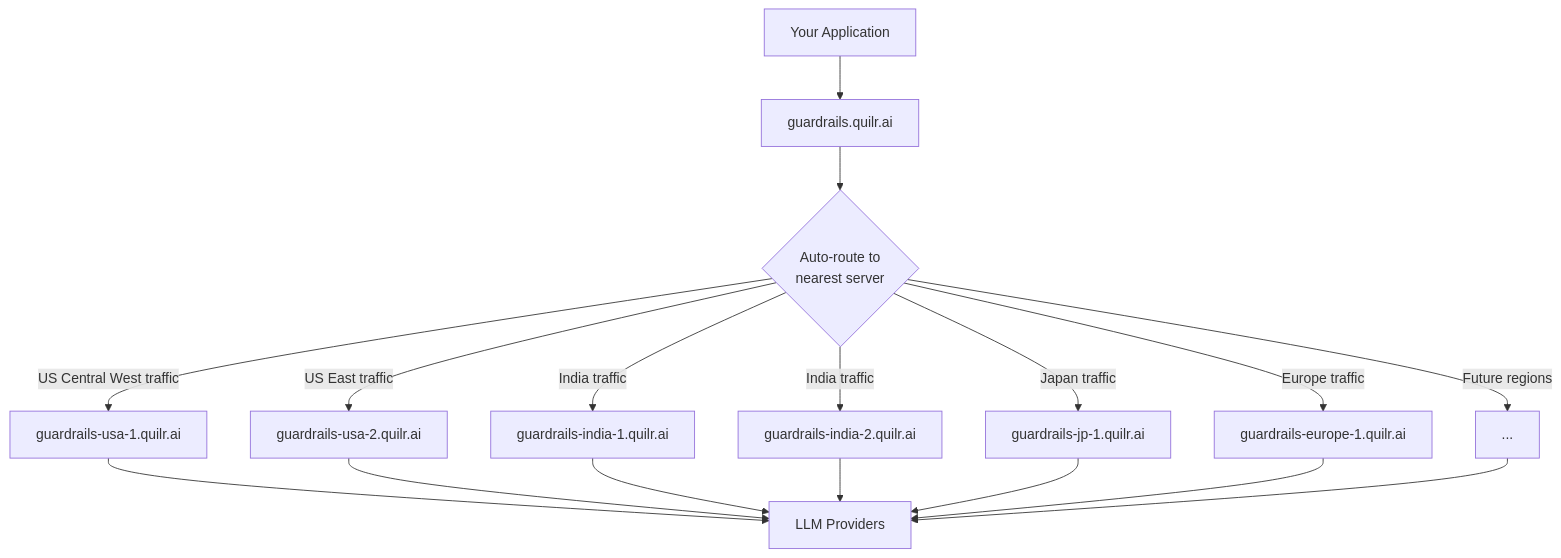
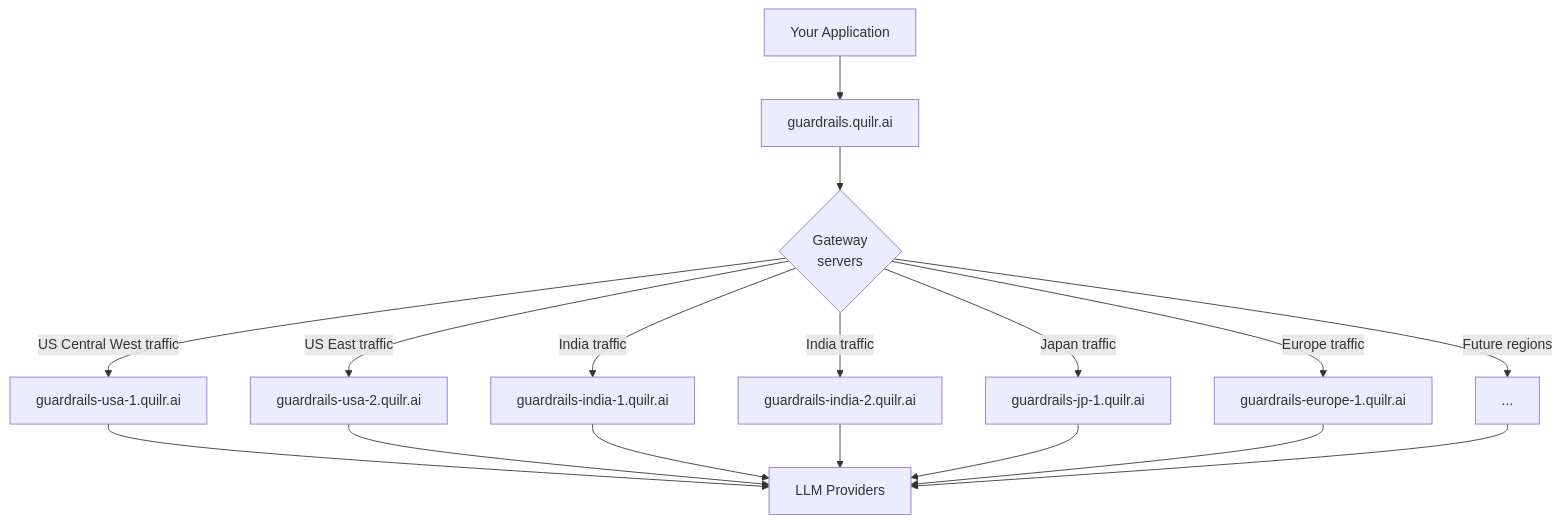
One commit to quilrai/docs changed the diagram in docs/llm-gateway/get-started/ha-and-sla.md. Above: the diagram before and after it, drawn with Mermaid. The commit also changed other lines of this file and 34 other files, not shown here.

First line of the commit message:
docs(llm-gateway): region pinning, per-route gateway features, Management API behind Kong

````diff
--- a/docs/llm-gateway/get-started/ha-and-sla.md
+++ b/docs/llm-gateway/get-started/ha-and-sla.md
@@ -39,19 +39,19 @@
 ```mermaid
 flowchart TD
     A["Your Application"] --> B["guardrails.quilr.ai"]
-    B --> C{"Auto-route to<br/>nearest server"}
+    B --> C{"Gateway<br/>servers"}
     C -->|"US Central West traffic"| D["guardrails-usa-1.quilr.ai"]
     C -->|"US East traffic"| E["guardrails-usa-2.quilr.ai"]
     C -->|"India traffic"| F["guardrails-india-1.quilr.ai"]
     C -->|"India traffic"| K["guardrails-india-2.quilr.ai"]
     C -->|"Japan traffic"| I["guardrails-jp-1.quilr.ai"]
     C -->|"Europe traffic"| J["guardrails-europe-1.quilr.ai"]
     C -->|"Future regions"| H["..."]
     D --> G["LLM Providers"]
     E --> G
     F --> G
     K --> G
     I --> G
     J --> G
     H --> G
 ```
````
